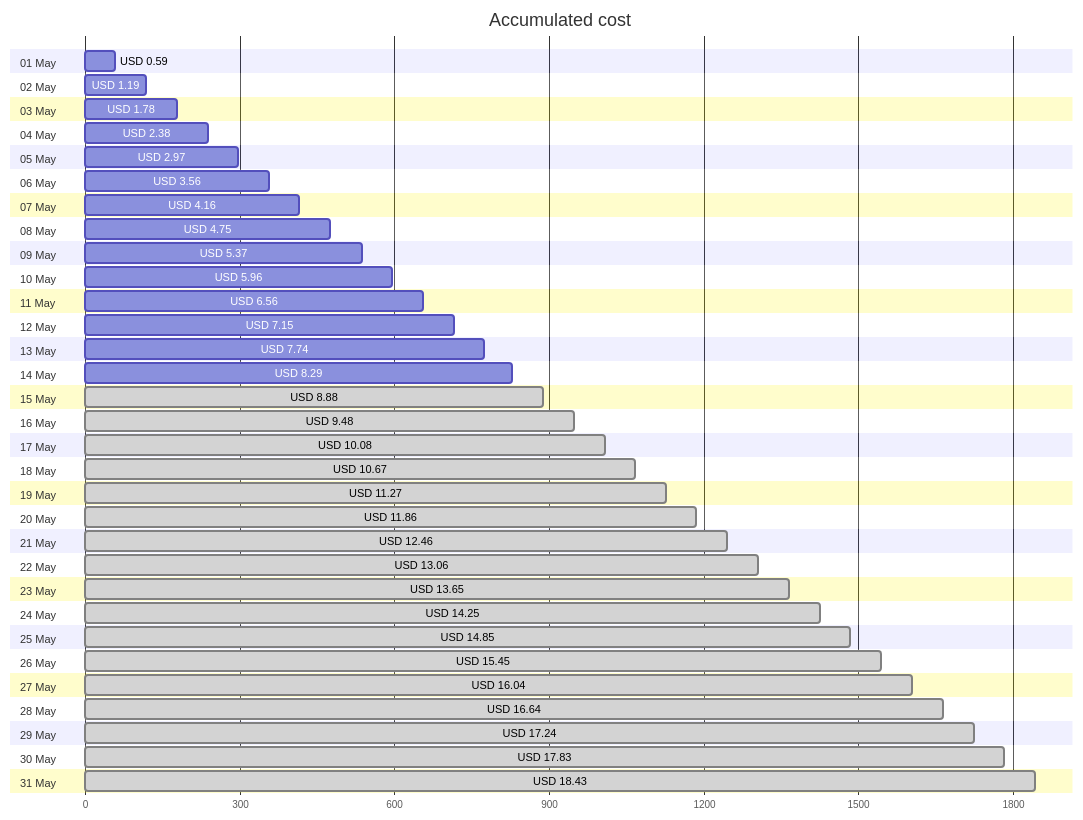
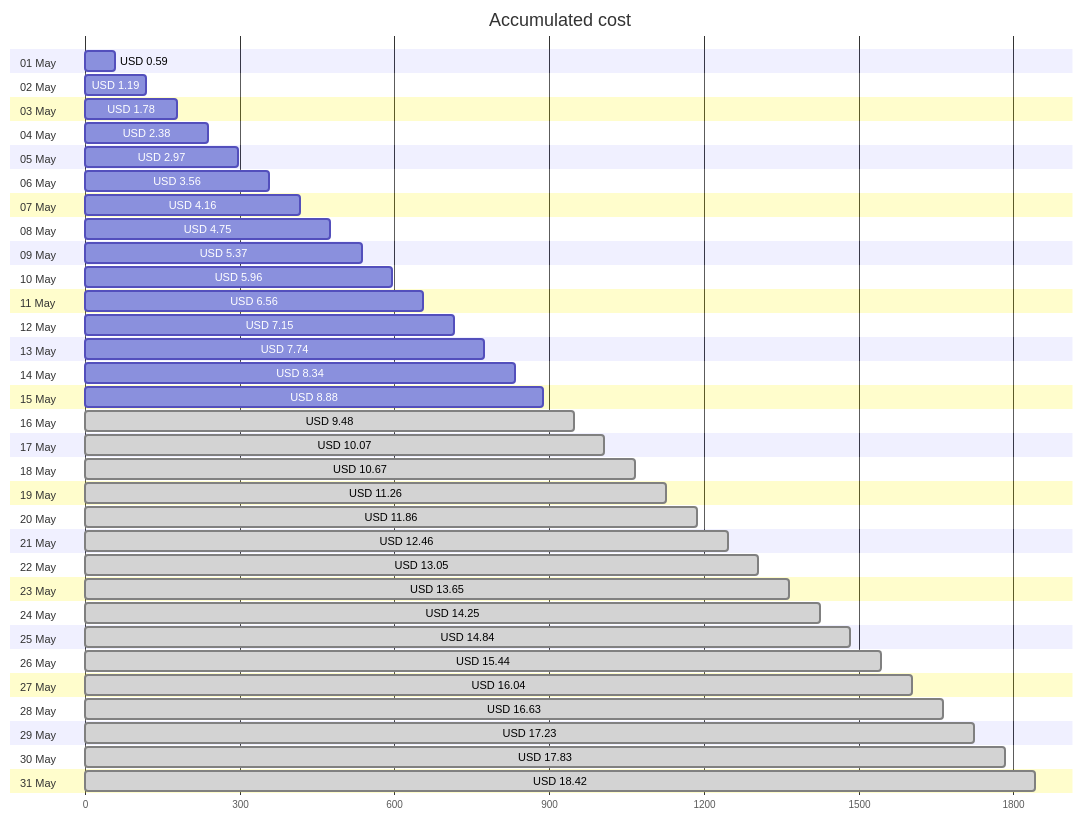
One commit to jpfulton/azure-personal-reports changed the first of 4 diagrams in cost-reports/personal-site/README.md. Above: the diagram before and after it, drawn with Mermaid. The commit also changed other lines of this file and 6 other files, not shown here.

````diff
--- a/cost-reports/personal-site/README.md
+++ b/cost-reports/personal-site/README.md
@@ -20,68 +20,68 @@
 ```mermaid
 gantt
    title Accumulated cost
    dateFormat  X
    axisFormat %s
    section 01 May
    USD 0.59 :0, 59
    section 02 May
    USD 1.19 :0, 119
    section 03 May
    USD 1.78 :0, 178
    section 04 May
    USD 2.38 :0, 238
    section 05 May
    USD 2.97 :0, 297
    section 06 May
    USD 3.56 :0, 356
    section 07 May
    USD 4.16 :0, 416
    section 08 May
    USD 4.75 :0, 475
    section 09 May
    USD 5.37 :0, 537
    section 10 May
    USD 5.96 :0, 596
    section 11 May
    USD 6.56 :0, 656
    section 12 May
    USD 7.15 :0, 715
    section 13 May
    USD 7.74 :0, 774
    section 14 May
-   USD 8.29 :0, 829
+   USD 8.34 :0, 834
    section 15 May
-   USD 8.88 : done, 0, 888
+   USD 8.88 :0, 888
    section 16 May
    USD 9.48 : done, 0, 948
    section 17 May
-   USD 10.08 : done, 0, 1008
+   USD 10.07 : done, 0, 1007
    section 18 May
    USD 10.67 : done, 0, 1067
    section 19 May
-   USD 11.27 : done, 0, 1127
+   USD 11.26 : done, 0, 1126
    section 20 May
    USD 11.86 : done, 0, 1186
    section 21 May
    USD 12.46 : done, 0, 1246
    section 22 May
-   USD 13.06 : done, 0, 1306
+   USD 13.05 : done, 0, 1305
    section 23 May
    USD 13.65 : done, 0, 1365
    section 24 May
    USD 14.25 : done, 0, 1425
    section 25 May
-   USD 14.85 : done, 0, 1485
+   USD 14.84 : done, 0, 1484
    section 26 May
-   USD 15.45 : done, 0, 1545
+   USD 15.44 : done, 0, 1544
    section 27 May
    USD 16.04 : done, 0, 1604
    section 28 May
-   USD 16.64 : done, 0, 1664
+   USD 16.63 : done, 0, 1663
    section 29 May
-   USD 17.24 : done, 0, 1724
+   USD 17.23 : done, 0, 1723
    section 30 May
    USD 17.83 : done, 0, 1783
    section 31 May
-   USD 18.43 : done, 0, 1843
+   USD 18.42 : done, 0, 1842
 ```
````
